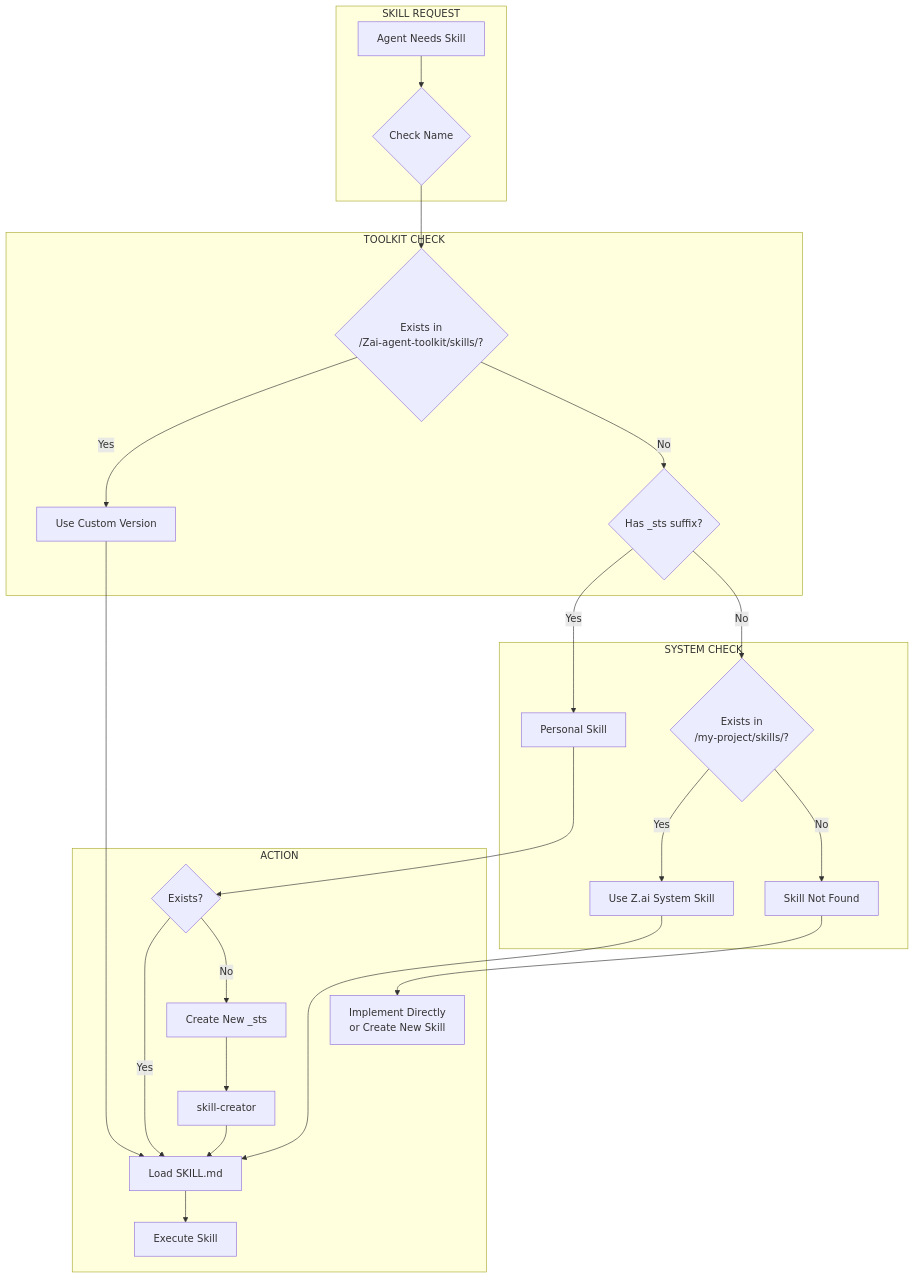
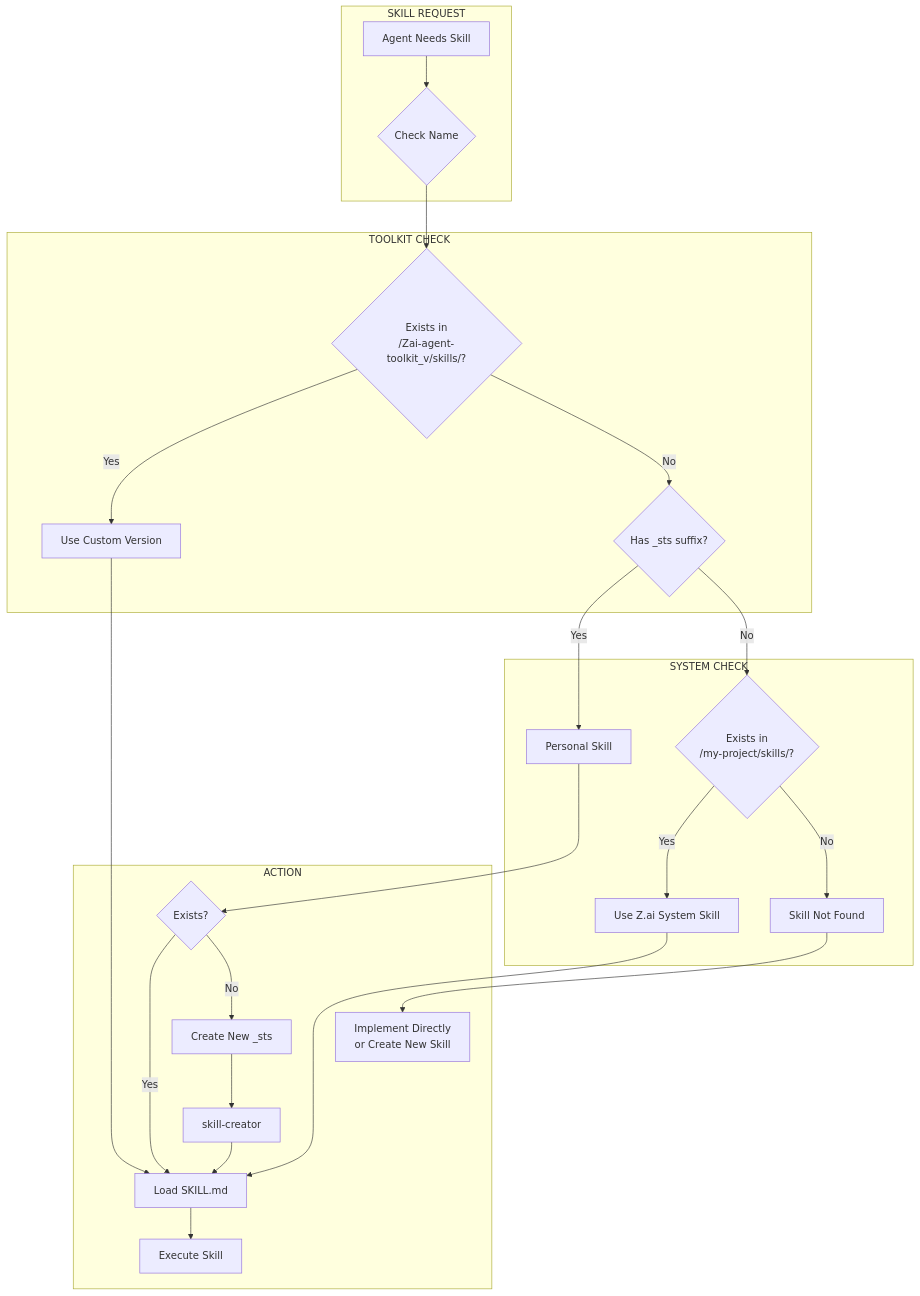
One commit to stsgs1980/Zai-agent-toolkit changed the sixth of 7 diagrams in docs/SKILL_PROCESSES.md. Above: the diagram before and after it, drawn with Mermaid. The commit also changed other lines of this file and 19 other files, not shown here.

````diff
--- a/docs/SKILL_PROCESSES.md
+++ b/docs/SKILL_PROCESSES.md
@@ -251,31 +251,31 @@
 ```mermaid
 flowchart TB
     subgraph Query["SKILL REQUEST"]
         A[Agent Needs Skill] --> B{Check Name}
     end
 
     subgraph ToolkitCheck["TOOLKIT CHECK"]
-        B --> C{Exists in<br>/Zai-agent-toolkit/skills/?}
+        B --> C{Exists in<br>/Zai-agent-toolkit_v/skills/?}
         C -->|Yes| D[Use Custom Version]
         C -->|No| E{Has _sts suffix?}
     end
 
     subgraph SystemCheck["SYSTEM CHECK"]
         E -->|Yes| F[Personal Skill]
         E -->|No| G{Exists in<br>/my-project/skills/?}
         G -->|Yes| H[Use Z.ai System Skill]
         G -->|No| I[Skill Not Found]
     end
 
     subgraph Action["ACTION"]
         D --> J[Load SKILL.md]
         F --> K{Exists?}
         K -->|Yes| J
         K -->|No| L[Create New _sts]
         H --> J
         I --> M[Implement Directly<br>or Create New Skill]
         L --> N[skill-creator]
         N --> J
         J --> O[Execute Skill]
     end
 ```
````
